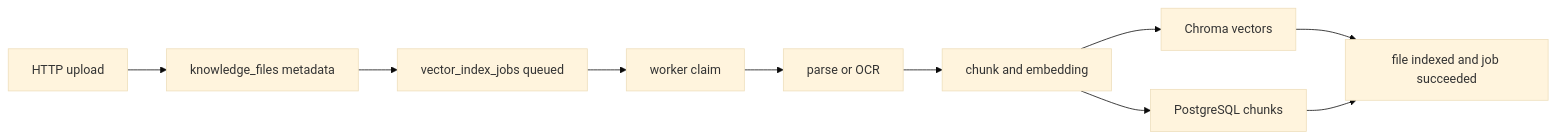
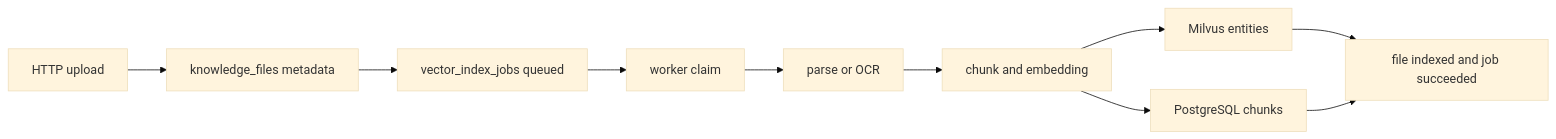
The first of 6 diagrams in docs/tutorials/FILE_INGESTION_AND_INDEXING.md (Looball/firstRag), drawn with Mermaid (base theme) before and after one commit. The commit also changed other lines of this file and 36 other files, not shown here.

````diff
--- a/docs/tutorials/FILE_INGESTION_AND_INDEXING.md
+++ b/docs/tutorials/FILE_INGESTION_AND_INDEXING.md
@@ -87,12 +87,12 @@
 ```mermaid
 flowchart LR
     A["HTTP upload"] --> B["knowledge_files metadata"]
     B --> C["vector_index_jobs queued"]
     C --> D["worker claim"]
     D --> E["parse or OCR"]
     E --> F["chunk and embedding"]
-    F --> G["Chroma vectors"]
+    F --> G["Milvus entities"]
     F --> H["PostgreSQL chunks"]
     G --> I["file indexed and job succeeded"]
     H --> I
 ```
````
